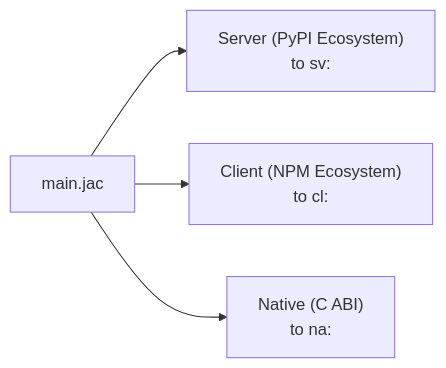
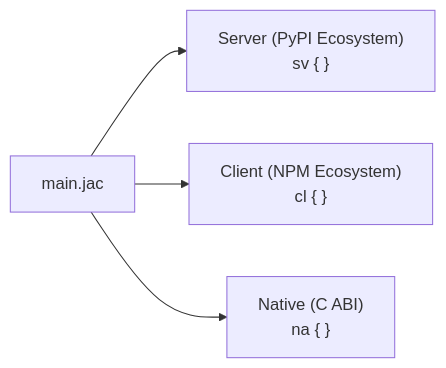
Before and after one commit to chrstophr/Agentic-AI: the first of 2 diagrams in jac-gpt/server/docs/quick-guide/what-makes-jac-different.md, drawn with Mermaid. The commit also changed other lines of this file and 103 other files, not shown here.

````diff
--- a/jac-gpt/server/docs/quick-guide/what-makes-jac-different.md
+++ b/jac-gpt/server/docs/quick-guide/what-makes-jac-different.md
@@ -17,9 +17,9 @@
 ```mermaid
 graph LR
     JAC["main.jac"] --> SV["Server (PyPI Ecosystem)
-    to sv:"]
+    sv { }"]
     JAC --> CL["Client (NPM Ecosystem)
-    to cl:"]
+    cl { }"]
     JAC --> NA["Native (C ABI)
-    to na:"]
+    na { }"]
 ```
````
